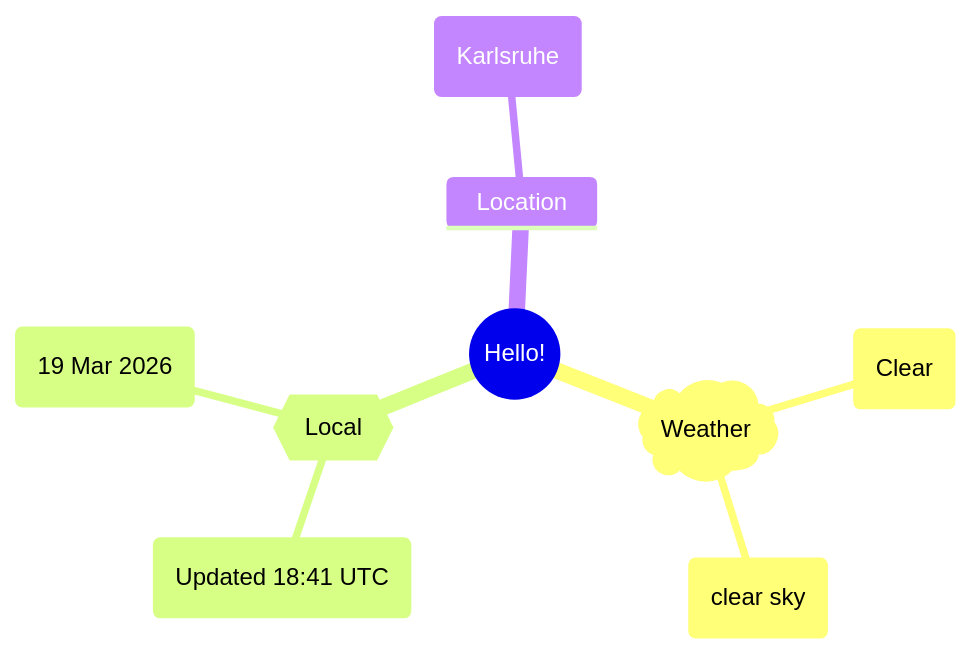
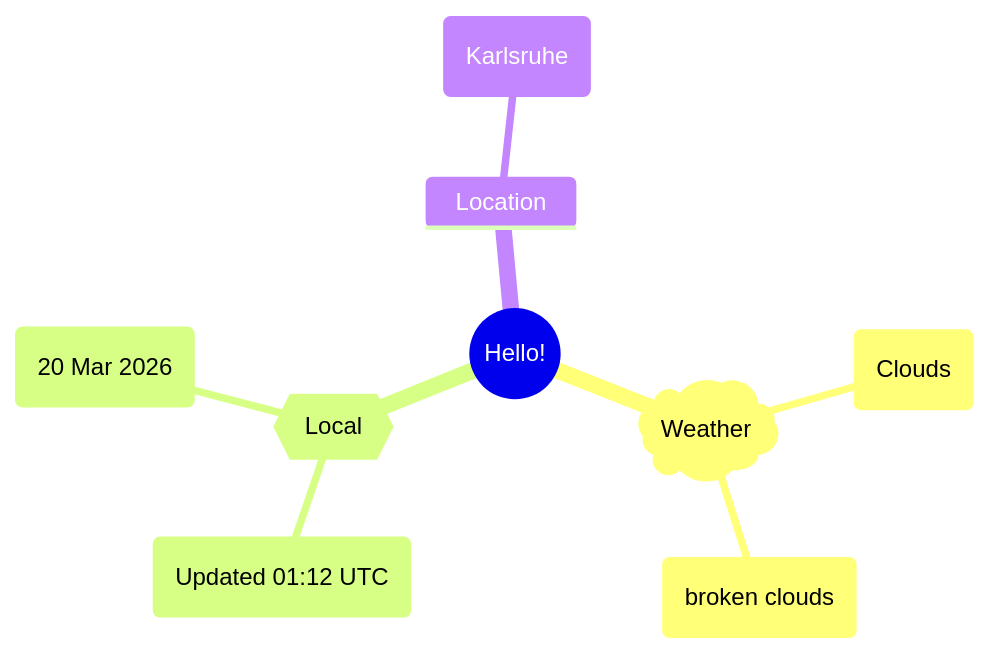
One commit to Xosrov/Xosrov changed the first of 2 diagrams in README.md. Above: the diagram before and after it, drawn with Mermaid.

Commit message:
[bot] updated images

````diff
--- a/README.md
+++ b/README.md
@@ -3,12 +3,12 @@
 ```mermaid
 mindmap
   root((Hello!))
     )Weather(
-        (Clear)
-        (clear sky)
+        (Clouds)
+        (broken clouds)
     {{Local}}
-        (Updated 18:41 UTC)
-        (19 Mar 2026)
+        (Updated 01:12 UTC)
+        (20 Mar 2026)
     Location
         (Karlsruhe)
 ```
````
